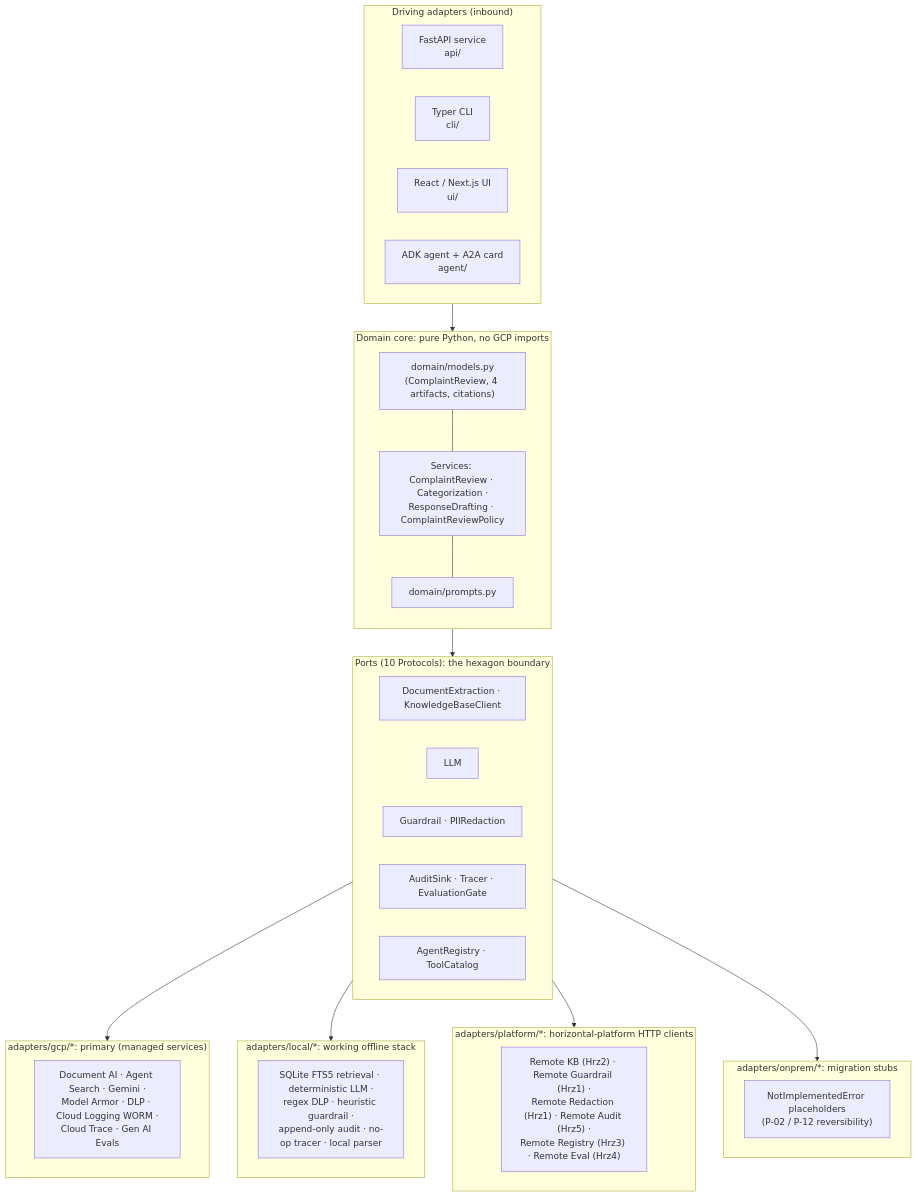
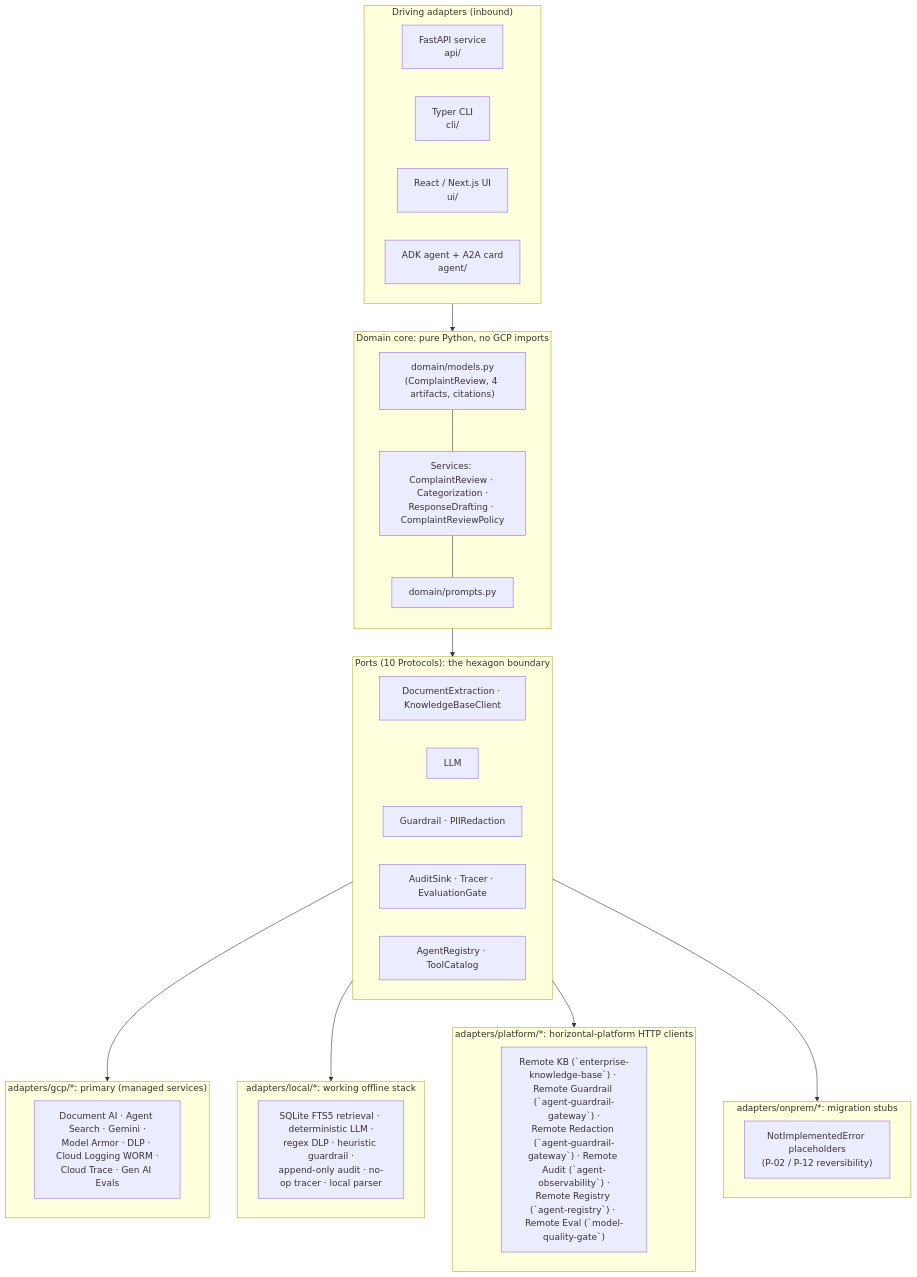
One commit to portable-genai/complaints-review changed the first of 2 diagrams in README.md. Above: the diagram before and after it, drawn with Mermaid. The commit also changed other lines of this file and 40 other files, not shown here.

````diff
--- a/README.md
+++ b/README.md
@@ -30,45 +30,45 @@
 ```mermaid
 flowchart TB
     subgraph edges["Driving adapters (inbound)"]
         API["FastAPI service<br/>api/"]
         CLI["Typer CLI<br/>cli/"]
         UI["React / Next.js UI<br/>ui/"]
         A2A["ADK agent + A2A card<br/>agent/"]
     end
 
     subgraph core["Domain core: pure Python, no GCP imports"]
         direction TB
         MODELS["domain/models.py<br/>(ComplaintReview, 4 artifacts, citations)"]
         SVCS["Services: ComplaintReview · Categorization ·<br/>ResponseDrafting · ComplaintReviewPolicy"]
         PROMPTS["domain/prompts.py"]
         MODELS --- SVCS --- PROMPTS
     end
 
     subgraph ports["Ports (10 Protocols): the hexagon boundary"]
         P1["DocumentExtraction · KnowledgeBaseClient"]
         P2["LLM"]
         P3["Guardrail · PIIRedaction"]
         P4["AuditSink · Tracer · EvaluationGate"]
         P5["AgentRegistry · ToolCatalog"]
     end
 
     subgraph gcp["adapters/gcp/*: primary (managed services)"]
         G["Document AI · Agent Search · Gemini ·<br/>Model Armor · DLP · Cloud Logging WORM ·<br/>Cloud Trace · Gen AI Evals"]
     end
     subgraph loc["adapters/local/*: working offline stack"]
         LO["SQLite FTS5 retrieval · deterministic LLM ·<br/>regex DLP · heuristic guardrail ·<br/>append-only audit · no-op tracer · local parser"]
     end
     subgraph plat["adapters/platform/*: horizontal-platform HTTP clients"]
-        PL["Remote KB (Hrz2) · Remote Guardrail (Hrz1) ·<br/>Remote Redaction (Hrz1) · Remote Audit (Hrz5) ·<br/>Remote Registry (Hrz3) · Remote Eval (Hrz4)"]
+        PL["Remote KB (`enterprise-knowledge-base`) · Remote Guardrail (`agent-guardrail-gateway`) ·<br/>Remote Redaction (`agent-guardrail-gateway`) · Remote Audit (`agent-observability`) ·<br/>Remote Registry (`agent-registry`) · Remote Eval (`model-quality-gate`)"]
     end
     subgraph onp["adapters/onprem/*: migration stubs"]
         ON["NotImplementedError placeholders<br/>(P-02 / P-12 reversibility)"]
     end
 
     edges --> core
     core --> ports
     ports --> gcp
     ports --> loc
     ports --> plat
     ports --> onp
 ```
````
